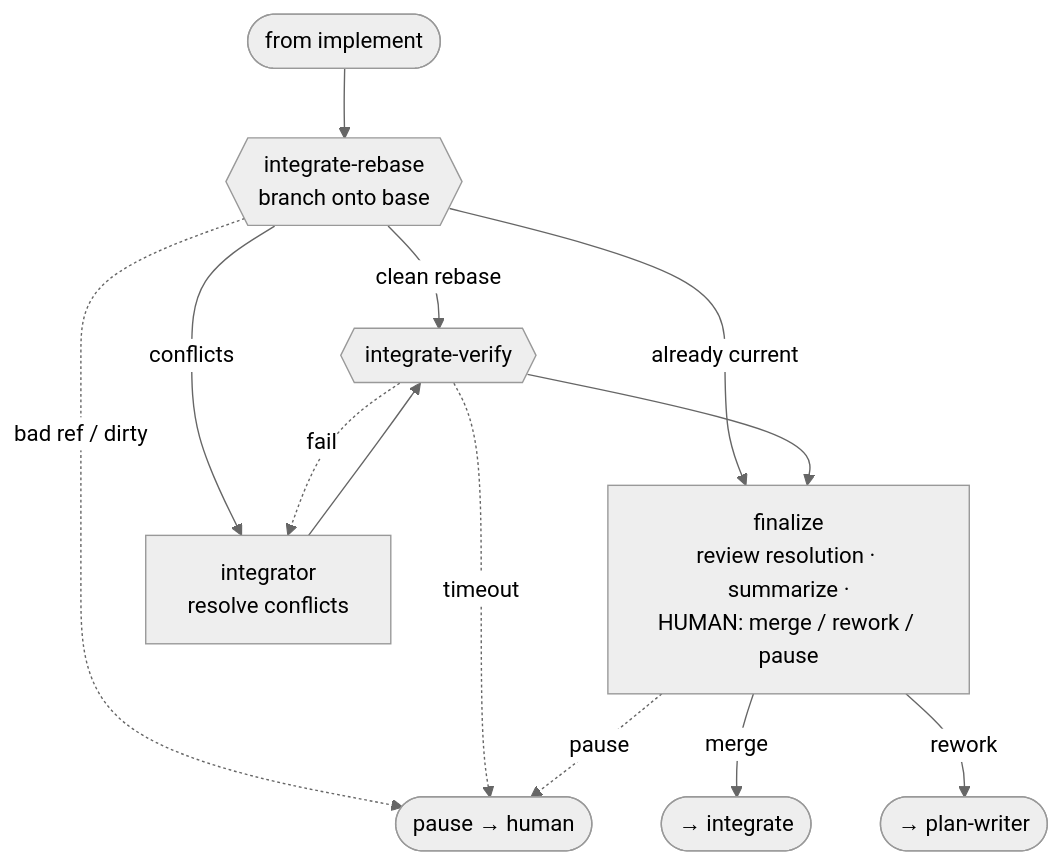
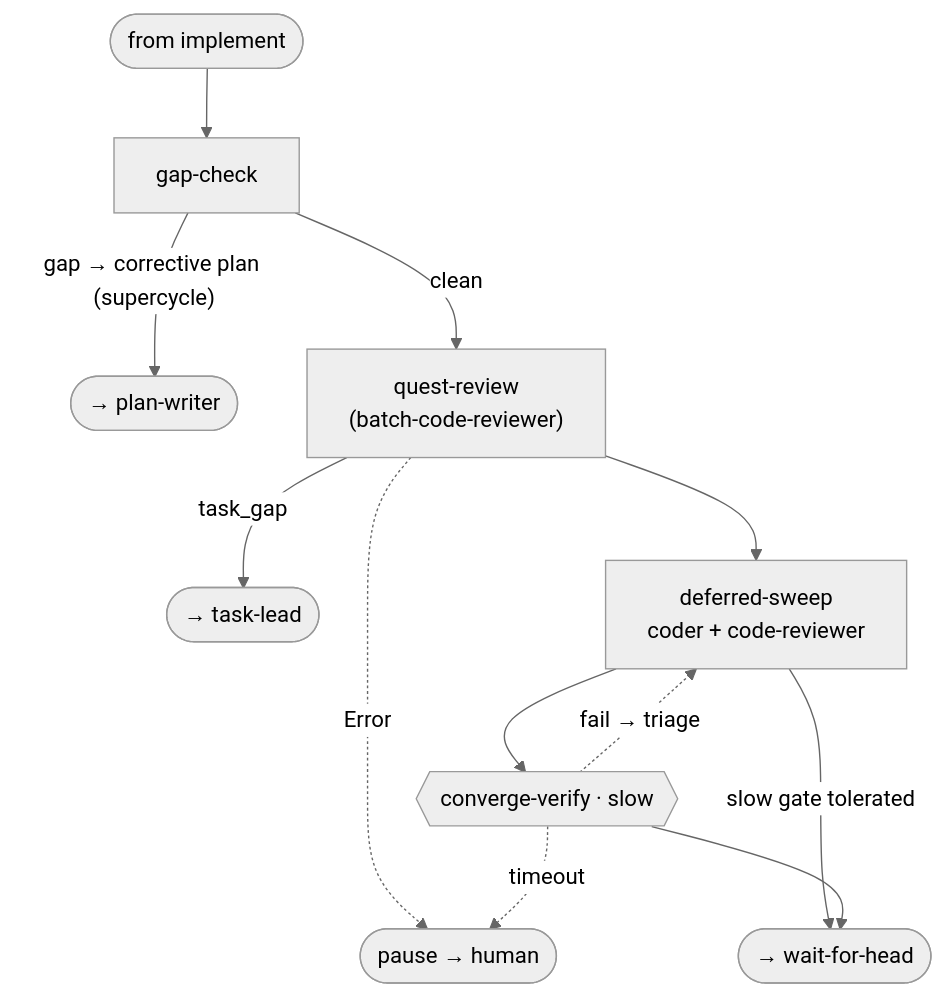
Diagram 12 of 13 in docs/internals/architecture.md (jpoimboe/imp), drawn with Mermaid (neutral theme) before and after one commit. The commit also changed other lines of this file and 1 other file, not shown here.

First line of the commit message:
docs(architecture): rewrite the implement, converge, and integrate phase sections

````diff
--- a/docs/internals/architecture.md
+++ b/docs/internals/architecture.md
@@ -258,15 +256,14 @@
 ```mermaid
 flowchart TD
-  in([from implement]) --> IR{{"integrate-rebase<br/>branch onto base"}}
-  IR -->|"already current"| FIN
-  IR -->|"clean rebase"| IV
-  IR -->|conflicts| INT["integrator<br/>resolve conflicts"]
-  IR -. "bad ref / dirty" .-> HUMAN([pause → human])
-  INT --> IV{{"integrate-verify"}}
-  IV -. fail .-> INT
-  IV -. timeout .-> HUMAN
-  IV --> FIN["finalize<br/>review resolution · summarize ·<br/>HUMAN: merge / rework / pause"]
-  FIN -->|rework| back([→ plan-writer])
-  FIN -. pause .-> HUMAN
-  FIN -->|merge| out([→ integrate])
+  in([from implement]) --> GC["gap-check"]
+  GC -->|"gap → corrective plan (supercycle)"| toplan([→ plan-writer])
+  GC -->|clean| QR["quest-review<br/>(batch-code-reviewer)"]
+  QR -->|task_gap| totl([→ task-lead])
+  QR -. Error .-> HUMAN([pause → human])
+  QR --> DS["deferred-sweep<br/>coder + code-reviewer"]
+  DS -->|"slow gate tolerated"| out([→ wait-for-head])
+  DS --> CV{{"converge-verify · slow"}}
+  CV -. "fail → triage" .-> DS
+  CV -. timeout .-> HUMAN
+  CV --> out
 ```
````
